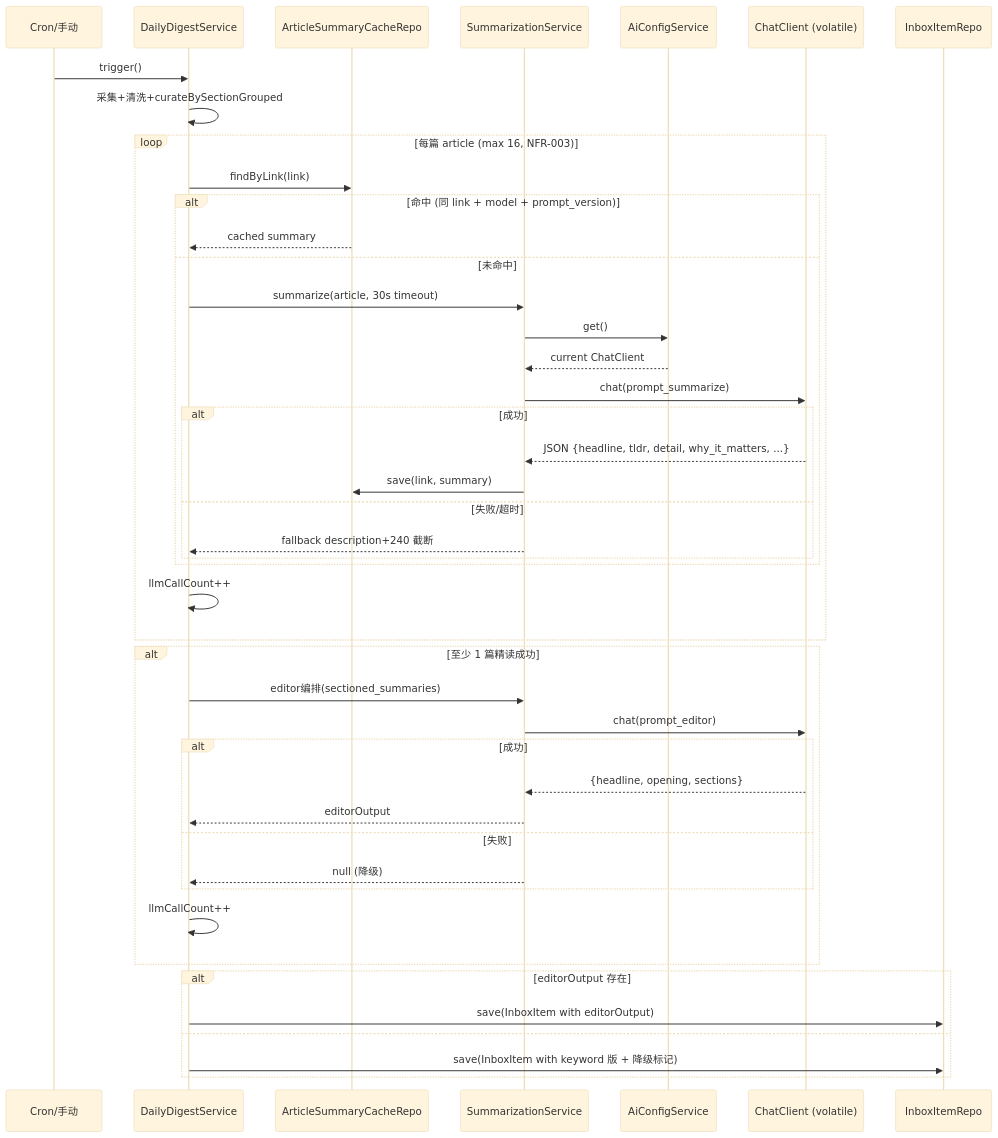
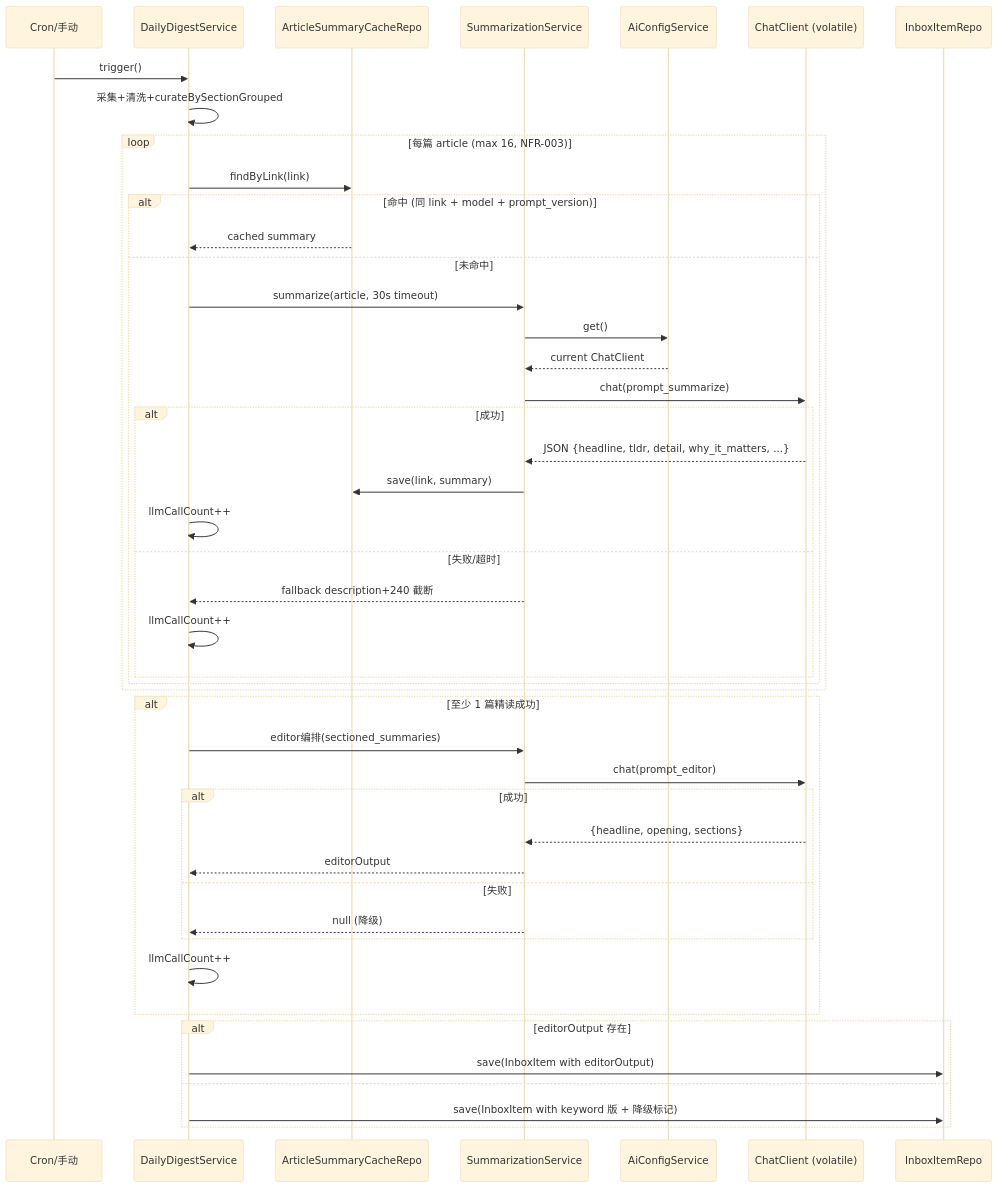
Before and after one commit to esmile-dev/axis: the second of 3 diagrams in docs/feature/digest-2.0/design.md, drawn with Mermaid (base theme). The commit also changed other lines of this file, not shown here.

````diff
--- a/docs/feature/digest-2.0/design.md
+++ b/docs/feature/digest-2.0/design.md
@@ -54,47 +54,48 @@
 ```mermaid
 sequenceDiagram
     participant Cron as Cron/手动
     participant DDS as DailyDigestService
     participant Cache as ArticleSummaryCacheRepo
     participant SS as SummarizationService
     participant ACS as AiConfigService
     participant LLM as ChatClient (volatile)
     participant DB as InboxItemRepo
 
     Cron->>DDS: trigger()
     DDS->>DDS: 采集+清洗+curateBySectionGrouped
     loop 每篇 article (max 16, NFR-003)
         DDS->>Cache: findByLink(link)
         alt 命中 (同 link + model + prompt_version)
             Cache-->>DDS: cached summary
         else 未命中
             DDS->>SS: summarize(article, 30s timeout)
             SS->>ACS: get()
             ACS-->>SS: current ChatClient
             SS->>LLM: chat(prompt_summarize)
             alt 成功
                 LLM-->>SS: JSON {headline, tldr, detail, why_it_matters, ...}
                 SS->>Cache: save(link, summary)
+                DDS->>DDS: llmCallCount++
             else 失败/超时
                 SS-->>DDS: fallback description+240 截断
+                DDS->>DDS: llmCallCount++
             end
         end
-        DDS->>DDS: llmCallCount++
     end
     alt 至少 1 篇精读成功
         DDS->>SS: editor编排(sectioned_summaries)
         SS->>LLM: chat(prompt_editor)
         alt 成功
             LLM-->>SS: {headline, opening, sections}
             SS-->>DDS: editorOutput
         else 失败
             SS-->>DDS: null (降级)
         end
         DDS->>DDS: llmCallCount++
     end
     alt editorOutput 存在
         DDS->>DB: save(InboxItem with editorOutput)
     else
         DDS->>DB: save(InboxItem with keyword 版 + 降级标记)
     end
 ```
````
